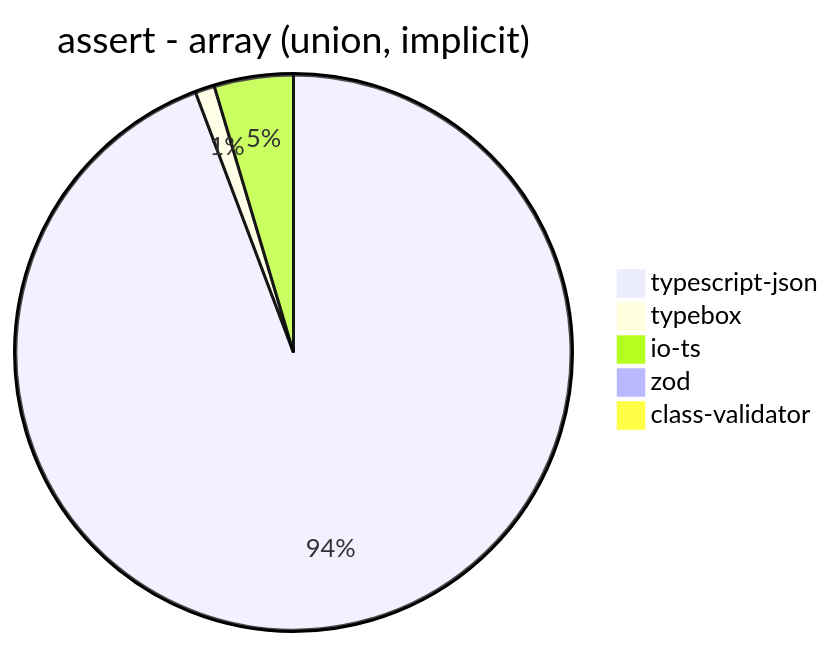
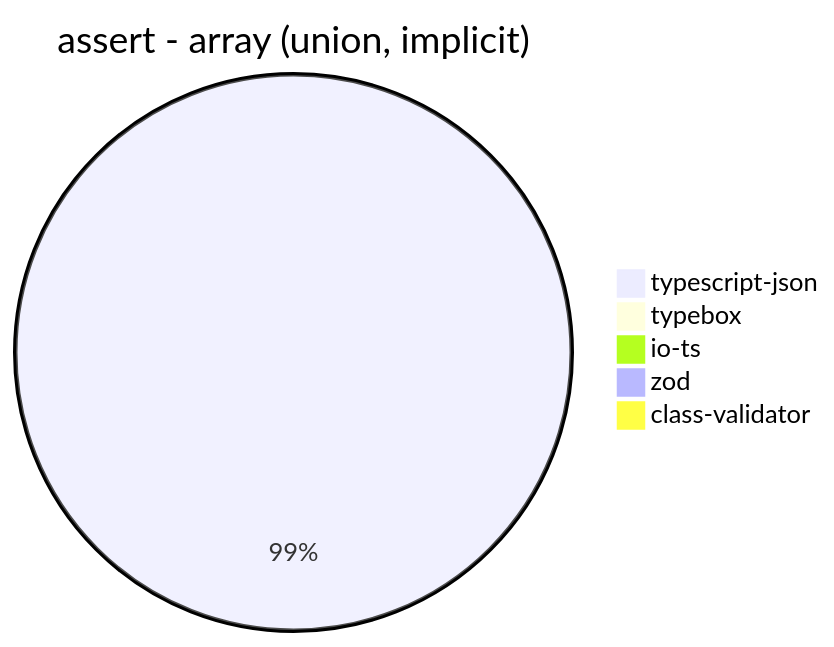
Before and after one commit to samchon/typia: diagram 15 of 39 in benchmark/results/AMD Ryzen 7 5800H with Radeon Graphics.md, drawn with Mermaid. The commit also changed other lines of this file and 3 other files, not shown here.

````diff
--- a/benchmark/results/AMD Ryzen 7 5800H with Radeon Graphics.md
+++ b/benchmark/results/AMD Ryzen 7 5800H with Radeon Graphics.md
@@ -186,8 +186,8 @@
 ```mermaid
 pie title assert - array (union, implicit)
-  "typescript-json": 2220.305480682839
-  "typebox": 26.64902664902665
-  "io-ts": 108.39552238805969
-  "zod": 3.7657691583505932
-  "class-validator": 8.583690987124463
+  "typescript-json": 1158.7738619676945
+  "typebox": 0
+  "io-ts": 0
+  "zod": 1.8811136192626035
+  "class-validator": 4.527447651386531
 ```
````
